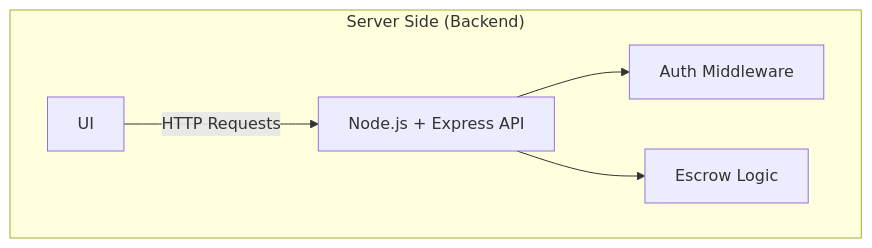
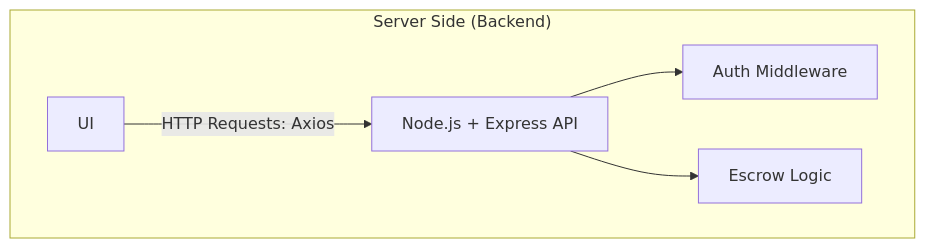
Before and after one commit to arupdhara/arup-demo: the fifth of 6 diagrams in TECHNICAL_ARCHITECTURE.md, drawn with Mermaid. The commit also changed other lines of this file, not shown here.

````diff
--- a/TECHNICAL_ARCHITECTURE.md
+++ b/TECHNICAL_ARCHITECTURE.md
@@ -94,12 +103,12 @@
 ```mermaid
 graph TD
     subgraph "Server Side (Backend)"
-        API[Node.js + Express API]
-        Auth[Auth Middleware]
-        Logic[Escrow Logic]
+        API[ Node.js + Express API]
+        Auth[ Auth Middleware]
+        Logic[ Escrow Logic]
         
-        UI -->|HTTP Requests| API
+        UI -->|HTTP Requests: Axios| API
         API --> Auth
         API --> Logic
     end
 ```
````
